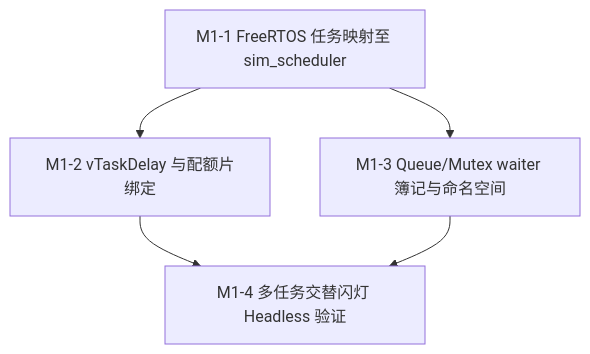
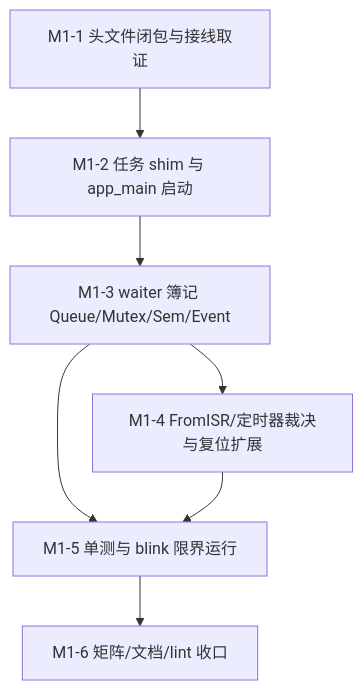
Before and after one commit to wink-cloud-hub/wink-ai-embedded: the diagram in docs/implementation-plans/esp32/2026-09-24-esp-idf-sim-m1-freertos-plan.md, drawn with Mermaid. The commit also changed other lines of this file and 2 other files, not shown here.

Commit message:
docs(esp-idf-sim): upgrade M1 plan to v1.1 and add Layer-4 review record

````diff
--- a/docs/implementation-plans/esp32/2026-09-24-esp-idf-sim-m1-freertos-plan.md
+++ b/docs/implementation-plans/esp32/2026-09-24-esp-idf-sim-m1-freertos-plan.md
@@ -71,7 +168,9 @@
 ```mermaid
 graph TD
-    M1_1[M1-1 FreeRTOS 任务映射至 sim_scheduler] --> M1_2[M1-2 vTaskDelay 与配额片绑定]
-    M1_1 --> M1_3[M1-3 Queue/Mutex waiter 簿记与命名空间]
-    M1_2 --> M1_4[M1-4 多任务交替闪灯 Headless 验证]
-    M1_3 --> M1_4
+    M1_1[M1-1 头文件闭包与接线取证] --> M1_2[M1-2 任务 shim 与 app_main 启动]
+    M1_2 --> M1_3[M1-3 waiter 簿记 Queue/Mutex/Sem/Event]
+    M1_3 --> M1_4[M1-4 FromISR/定时器裁决与复位扩展]
+    M1_3 --> M1_5[M1-5 单测与 blink 限界运行]
+    M1_4 --> M1_5
+    M1_5 --> M1_6[M1-6 矩阵/文档/lint 收口]
 ```
````
